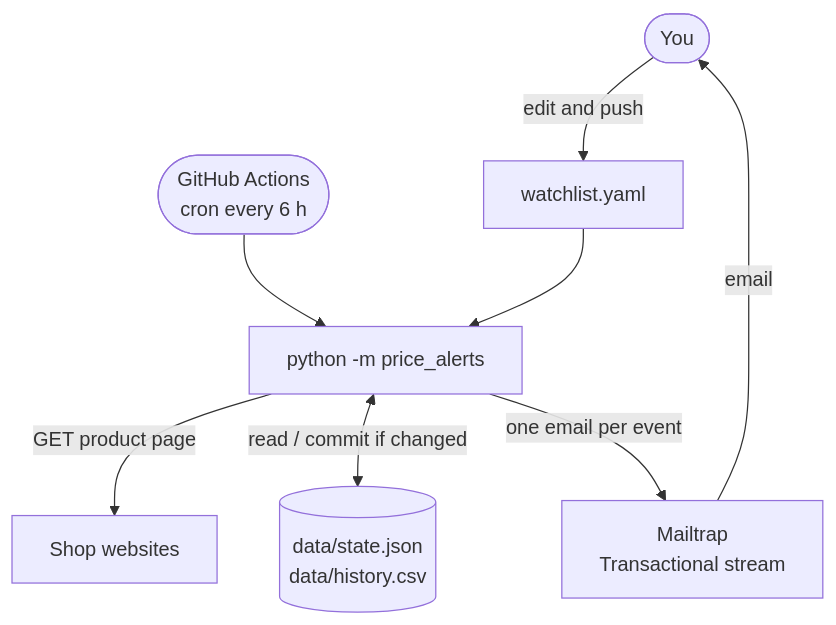
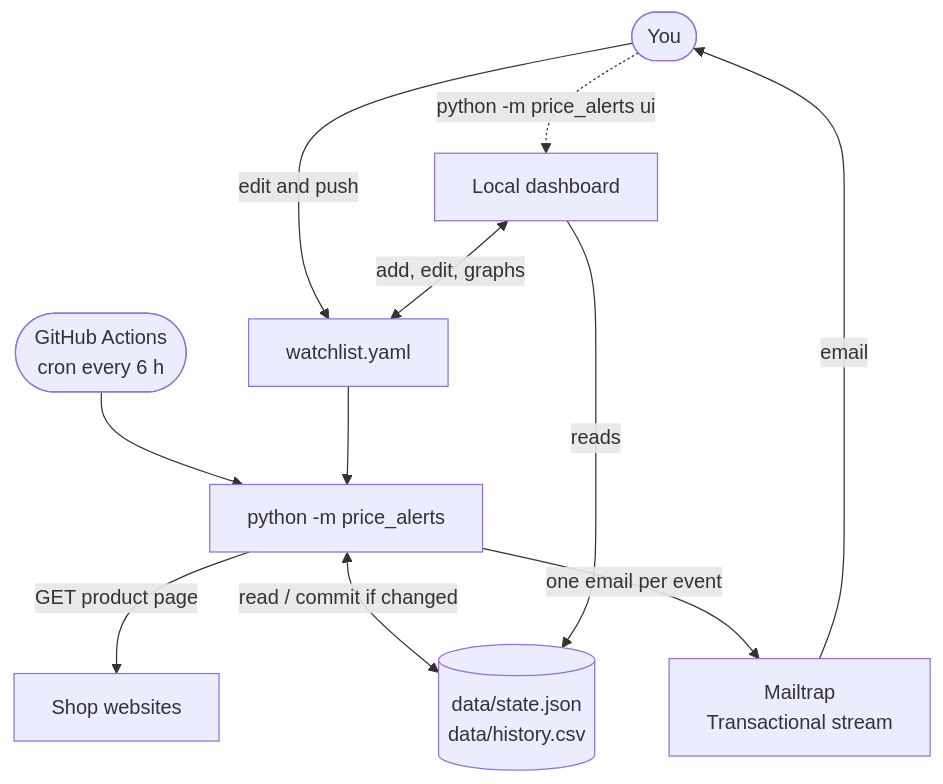
Before and after one commit to HarshRajSinghania/python-price-drop-alerts: the first of 2 diagrams in README.md, drawn with Mermaid. The commit also changed other lines of this file and 29 other files, not shown here.

Commit message:
Add local dashboard with price graphs and rewrite README with new demo and screenshots

````diff
--- a/README.md
+++ b/README.md
@@ -43,10 +51,13 @@
 ```mermaid
 flowchart TB
     you([You]) -->|edit and push| wl["watchlist.yaml"]
+    you -.->|"python -m price_alerts ui"| dash["Local dashboard"]
+    dash <-->|"add, edit, graphs"| wl
     cron(["GitHub Actions<br/>cron every 6 h"]) --> run["python -m price_alerts"]
     wl --> run
     run -->|"GET product page"| shop["Shop websites"]
     run <-->|"read / commit if changed"| data[("data/state.json<br/>data/history.csv")]
+    dash -->|"reads"| data
     run -->|"one email per event"| tx["Mailtrap<br/>Transactional stream"]
     tx -->|email| you
 ```
````
